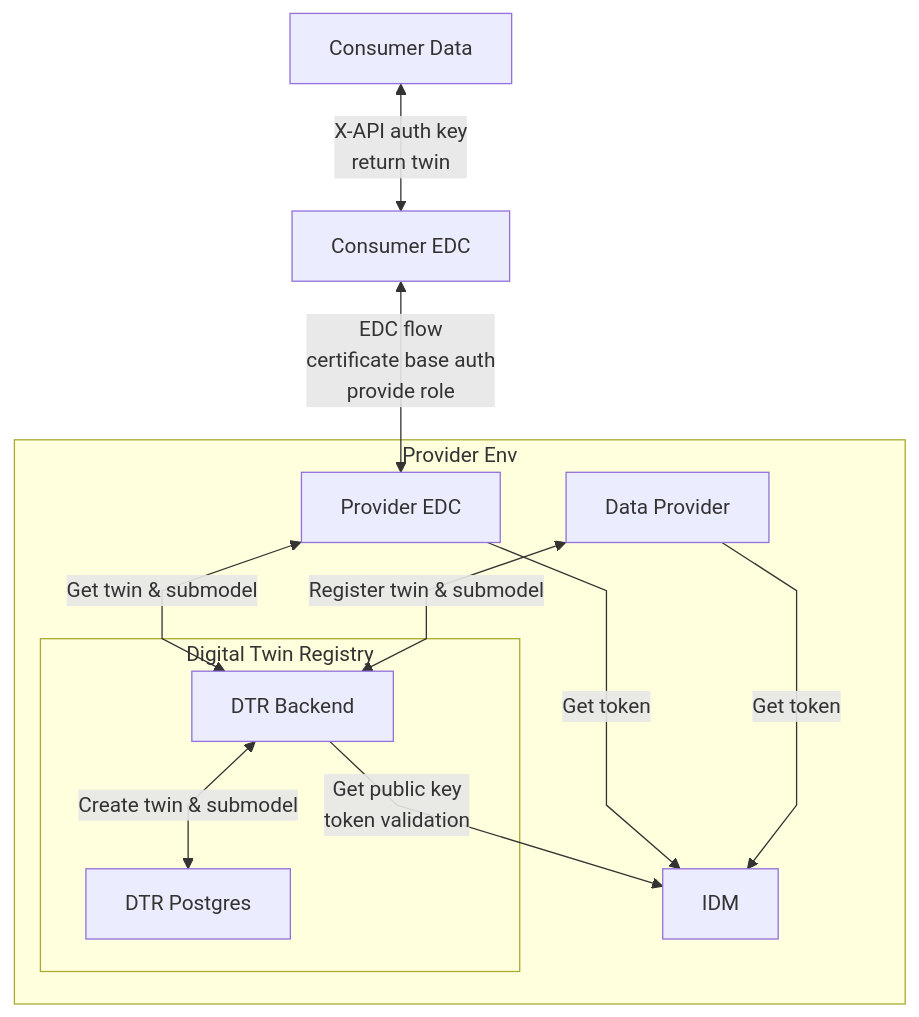
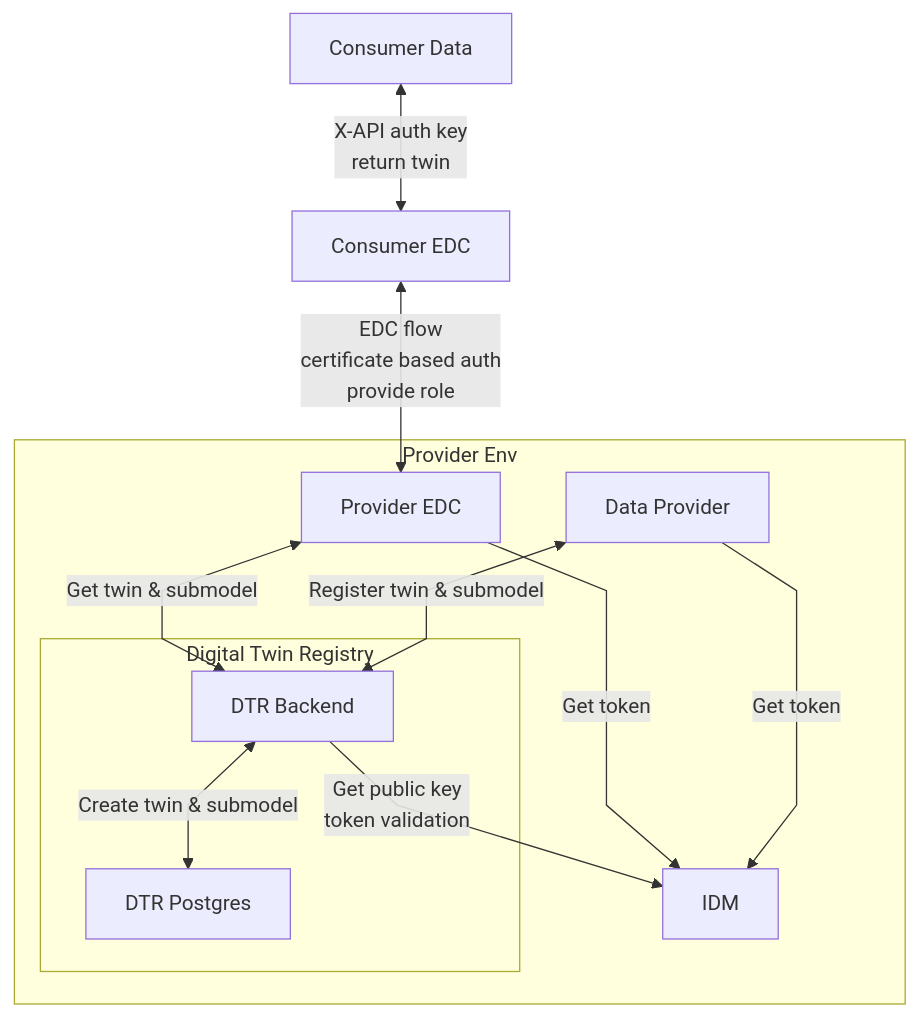
Before and after one commit to eclipse-tractusx/sldt-digital-twin-registry: the diagram in docs/README.md, drawn with Mermaid. The commit also changed other lines of this file, not shown here.

Commit message:
docs: fix typo

````diff
--- a/docs/README.md
+++ b/docs/README.md
@@ -619,32 +619,32 @@
 ```mermaid
 %%{init: {"flowchart": {"curve": "linear"} }}%%
 graph TB
     CD[Consumer Data]
     CE[Consumer EDC]
     PE[Provider EDC]
     DP[Data Provider]
     IDM[IDM]
     DTR-B[DTR Backend]
     DTR-P[DTR Postgres]
 
     subgraph Provider Env
     PE
     DP
     IDM
     subgraph Digital Twin Registry
         DTR-B
         DTR-P
     end
     end
 
     CD <-->|X-API auth key \n return twin| CE
-    CE <-->|EDC flow \n certificate base auth \n provide role| PE
+    CE <-->|EDC flow \n certificate based auth \n provide role| PE
 
     PE -->|Get token| IDM
     DP -->|Get token| IDM
     DTR-B -->|Get public key \n token validation| IDM
 
     PE <-->|Get twin & submodel| DTR-B
     DP <-->|Register twin & submodel| DTR-B
     DTR-B <-->|Create twin & submodel| DTR-P
 ```
````
